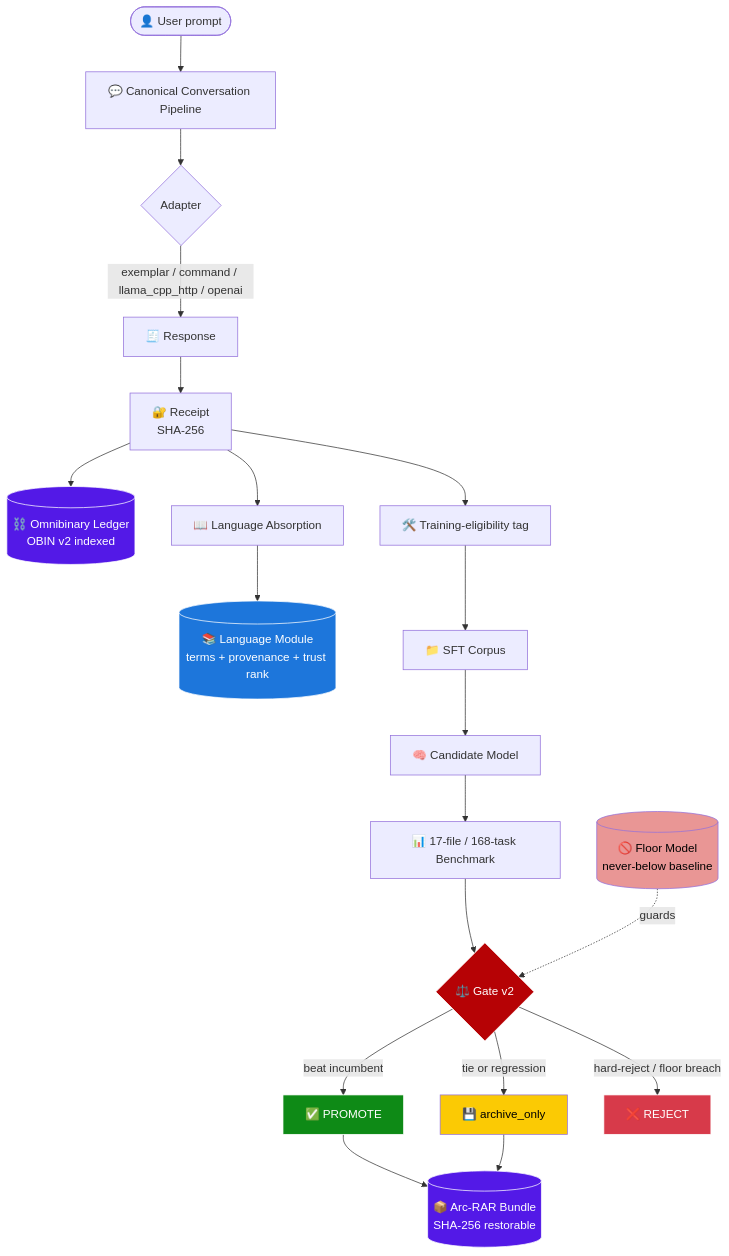
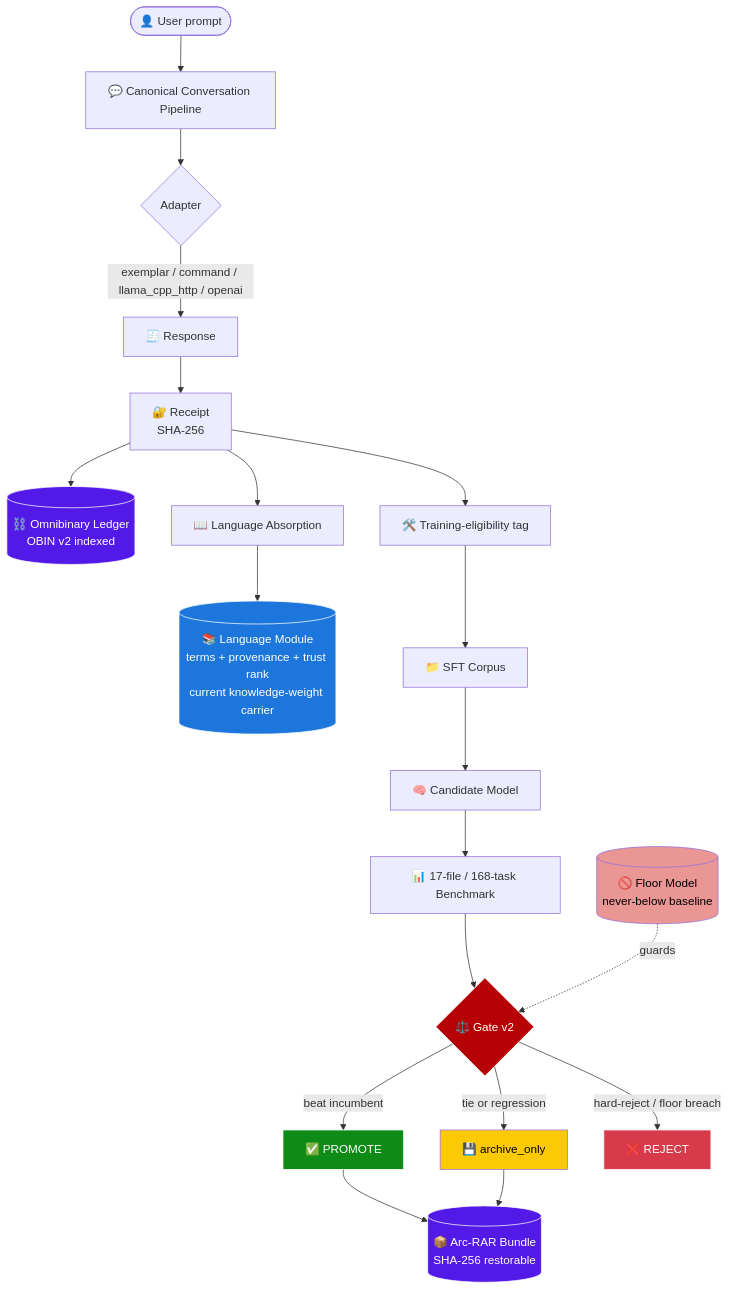
One commit to GareBear99/ARC-Neuron-LLMBuilder changed the third of 4 diagrams in README.md. Above: the diagram before and after it, drawn with Mermaid. The commit also changed other lines of this file, not shown here.

````diff
--- a/README.md
+++ b/README.md
@@ -427,30 +439,30 @@
 ```mermaid
 flowchart TD
     U([👤 User prompt]) --> P[💬 Canonical Conversation Pipeline]
     P --> A{Adapter}
     A -->|exemplar / command / llama_cpp_http / openai| R[🧾 Response]
     R --> Rec[🔐 Receipt<br/>SHA-256]
     Rec --> OB[(⛓️ Omnibinary Ledger<br/>OBIN v2 indexed)]
     Rec --> LA[📖 Language Absorption]
-    LA --> LM[(📚 Language Module<br/>terms + provenance + trust rank)]
+    LA --> LM[(📚 Language Module<br/>terms + provenance + trust rank<br/>current knowledge-weight carrier)]
     Rec --> Train[🛠️ Training-eligibility tag]
     Train --> Corpus[📁 SFT Corpus]
     Corpus --> Cand[🧠 Candidate Model]
     Cand --> Bench[📊 17-file / 168-task Benchmark]
     Bench --> Gate{⚖️ Gate v2}
     Gate -->|beat incumbent| Promote[✅ PROMOTE]
     Gate -->|tie or regression| Archive[💾 archive_only]
     Gate -->|hard-reject / floor breach| Reject[❌ REJECT]
     Promote --> Bundle[(📦 Arc-RAR Bundle<br/>SHA-256 restorable)]
     Archive --> Bundle
     Floor[(🚫 Floor Model<br/>never-below baseline)] -.guards.-> Gate
 
     style Gate fill:#b60205,stroke:#fff,color:#fff
     style Promote fill:#0e8a16,stroke:#fff,color:#fff
     style Reject fill:#d73a4a,stroke:#fff,color:#fff
     style Archive fill:#fbca04,color:#000
     style OB fill:#5319e7,stroke:#fff,color:#fff
     style LM fill:#1d76db,stroke:#fff,color:#fff
     style Bundle fill:#5319e7,stroke:#fff,color:#fff
     style Floor fill:#e99695,color:#000
 ```
````
